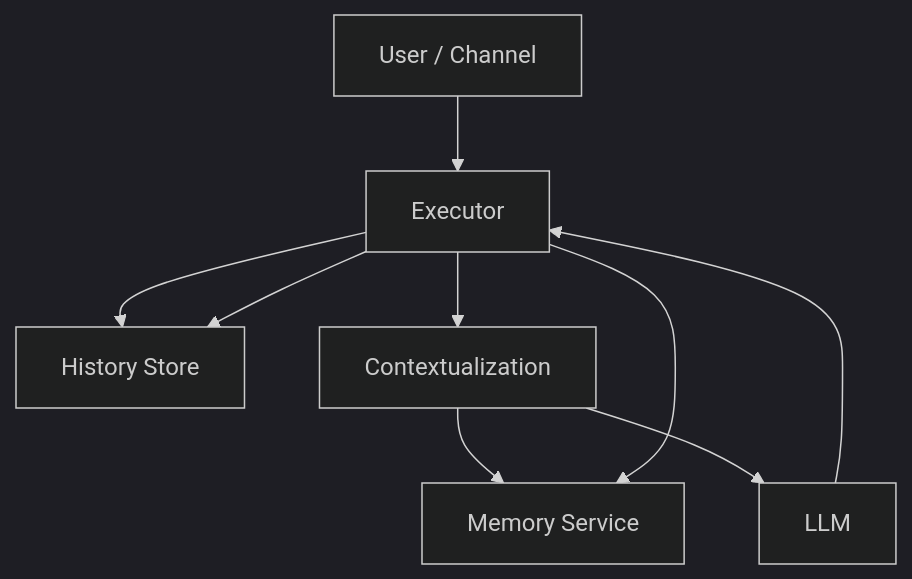
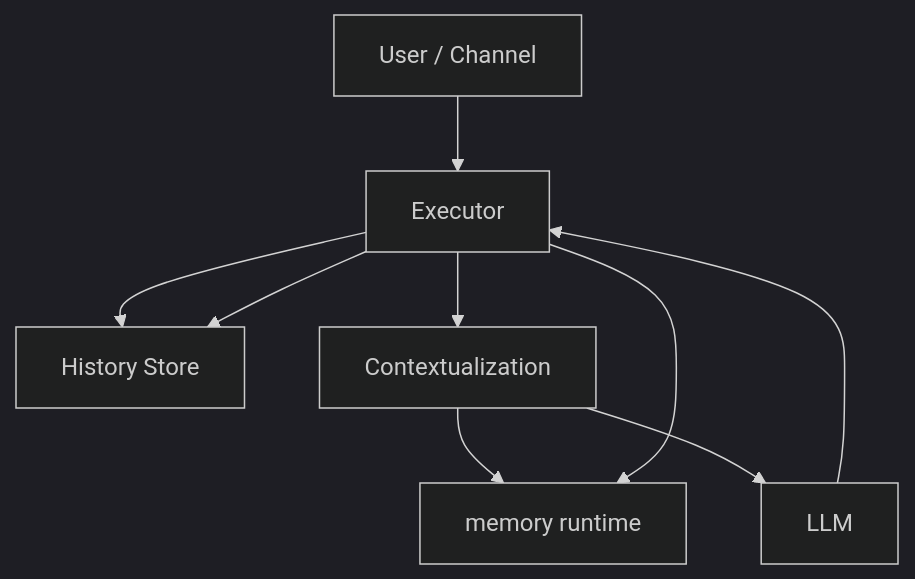
The diagram in homepage/content/devdocs/zh/memory/architecture.mdx (wangenius/downcity), drawn with Mermaid (dark theme) before and after one commit. The commit also changed other lines of this file and 433 other files, not shown here.

Commit message:
refactor(agent,city): unify plugin-session architecture

````diff
--- a/homepage/content/devdocs/zh/memory/architecture.mdx
+++ b/homepage/content/devdocs/zh/memory/architecture.mdx
@@ -23,18 +23,18 @@
 ```mermaid
 flowchart TB
   U["User / Channel"]
-  SA["Executor"]
+  EX["Executor"]
   HS["History Store"]
-  MS["Memory Service"]
-  CA["Contextualization"]
+  MEM["memory runtime"]
+  CTX["Contextualization"]
   LLM["LLM"]
 
-  U --> SA
-  SA --> HS
-  SA --> CA
-  CA --> MS
-  CA --> LLM
-  LLM --> SA
-  SA --> HS
-  SA --> MS
+  U --> EX
+  EX --> HS
+  EX --> CTX
+  CTX --> MEM
+  CTX --> LLM
+  LLM --> EX
+  EX --> HS
+  EX --> MEM
 ```
````
